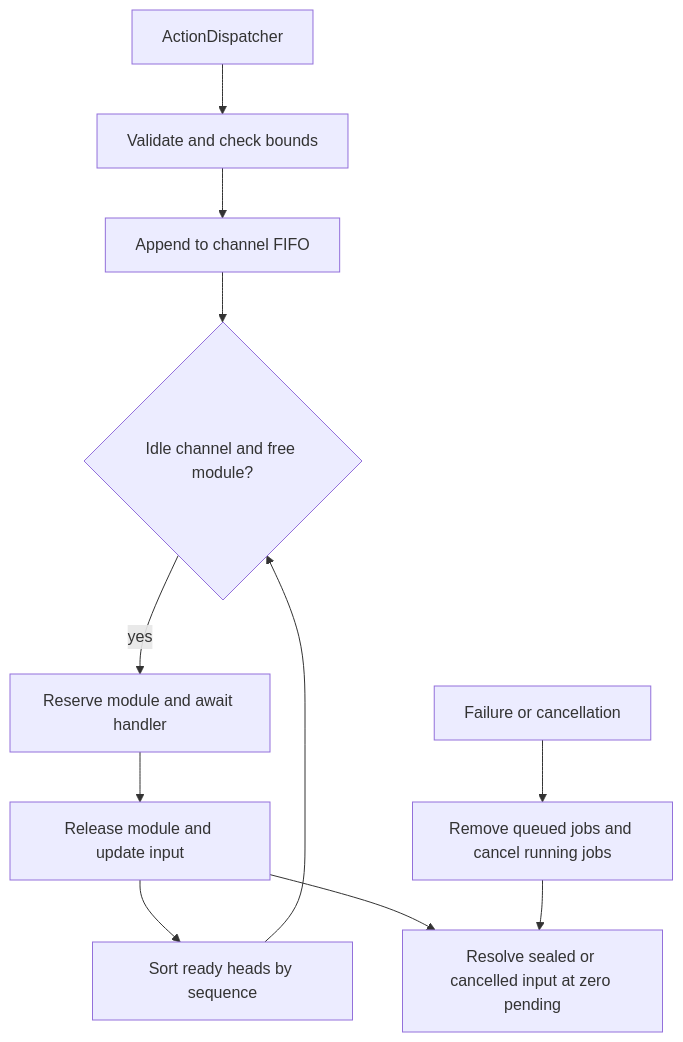
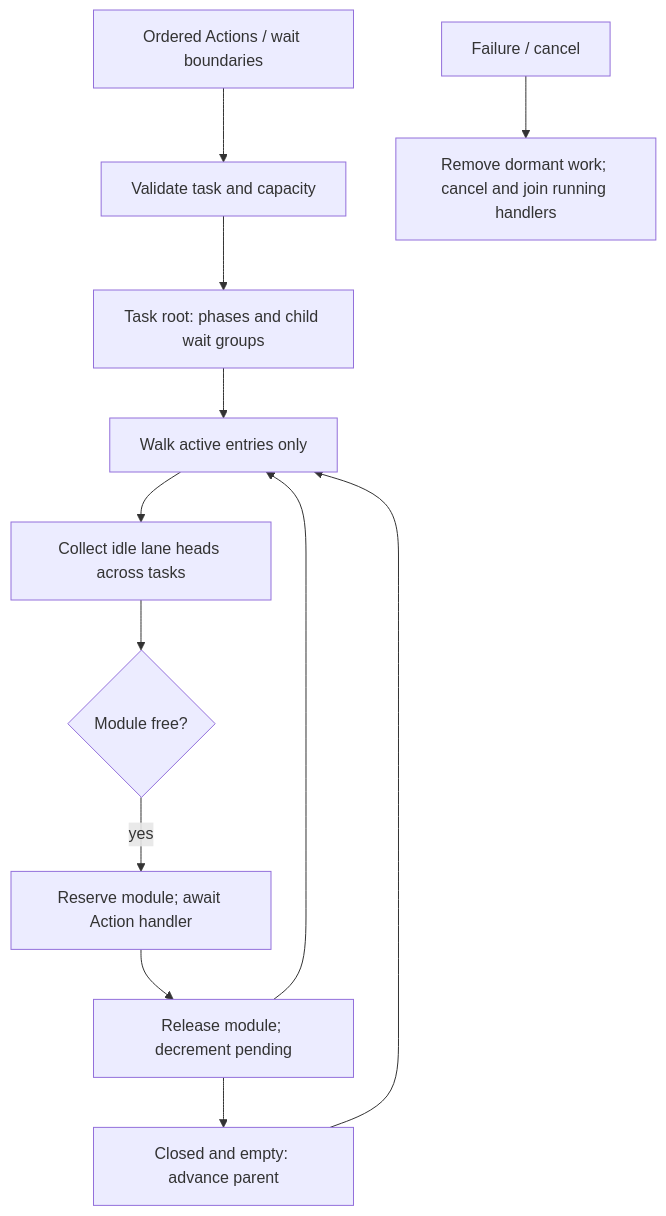
Before and after one commit to devilyouwei/MobileHarness: the first of 3 diagrams in MobileHarness/Gateway/Output/Scheduling/README.md, drawn with Mermaid. The commit also changed other lines of this file and 51 other files, not shown here.

Commit message:
feat: add structured wait scheduling for actions

````diff
--- a/MobileHarness/Gateway/Output/Scheduling/README.md
+++ b/MobileHarness/Gateway/Output/Scheduling/README.md
@@ -29,13 +27,14 @@
 ```mermaid
 flowchart TD
-    Producer[ActionDispatcher] --> Admit[Validate and check bounds]
-    Admit --> FIFO[Append to channel FIFO]
-    FIFO --> Ready{Idle channel and free module?}
-    Ready -->|yes| Run[Reserve module and await handler]
-    Run --> Done[Release module and update input]
-    Done --> Next[Sort ready heads by sequence]
-    Next --> Ready
-    Done --> Join[Resolve sealed or cancelled input at zero pending]
-    Cancel[Failure or cancellation] --> Remove[Remove queued jobs and cancel running jobs]
-    Remove --> Join
+    Events[Ordered Actions / wait boundaries] --> Admit[Validate task and capacity]
+    Admit --> Tree[Task root: phases and child wait groups]
+    Tree --> Active[Walk active entries only]
+    Active --> Heads[Collect idle lane heads across tasks]
+    Heads --> Resources{Module free?}
+    Resources -->|yes| Execute[Reserve module; await Action handler]
+    Execute --> Release[Release module; decrement pending]
+    Release --> Active
+    Release --> Join[Closed and empty: advance parent]
+    Join --> Active
+    Cancel[Failure / cancel] --> Cleanup[Remove dormant work; cancel and join running handlers]
 ```
````
